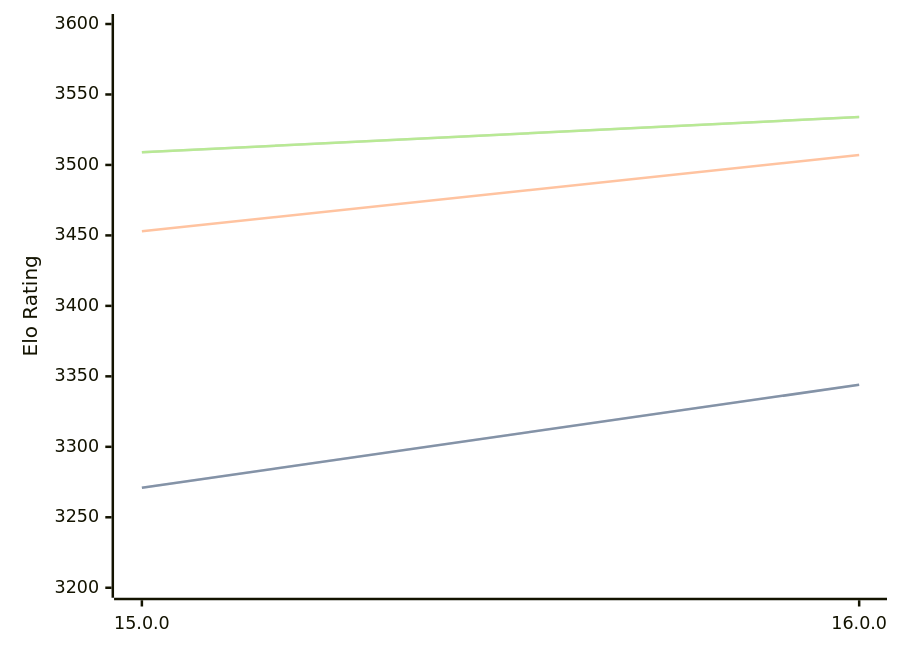
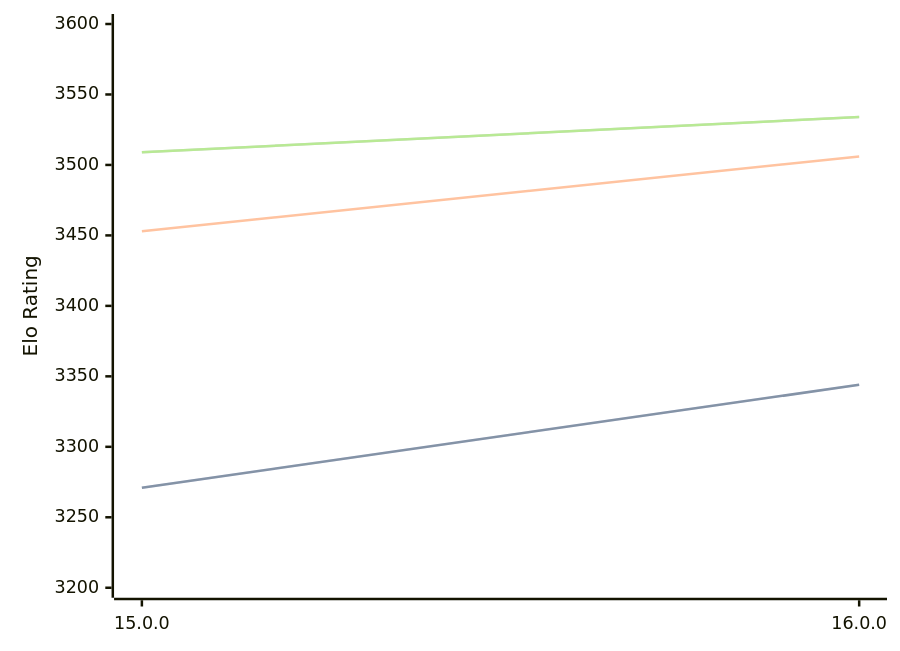
The first of 3 diagrams in engines/Halogen.md (computer-chess-index/cci), drawn with Mermaid before and after one commit. The commit also changed other lines of this file, not shown here.

````diff
--- a/engines/Halogen.md
+++ b/engines/Halogen.md
@@ -50,11 +50,11 @@
 ```mermaid
 %%{init: {"theme":"base","themeVariables":{"seriesColors:['#a3a3a3','#222221','#faa371']}}}%%
 xychart-beta
   x-axis ["15.0.0", "16.0.0"]
   y-axis "Elo Rating" 3200 --> 3600
   line "STC (8.0+0.08s)" [3271, 3344]
   line "STC (8.0+0.08s)" [3271, 3344]
-  line "LTC (60.0+0.60s)" [3453, 3507]
+  line "LTC (60.0+0.60s)" [3453, 3506]
   line "VLTC (2m24s+1.12s)" [3509, 3534]
   line "VLTC (2m24s+1.12s)" [3509, 3534]
 ```
````
